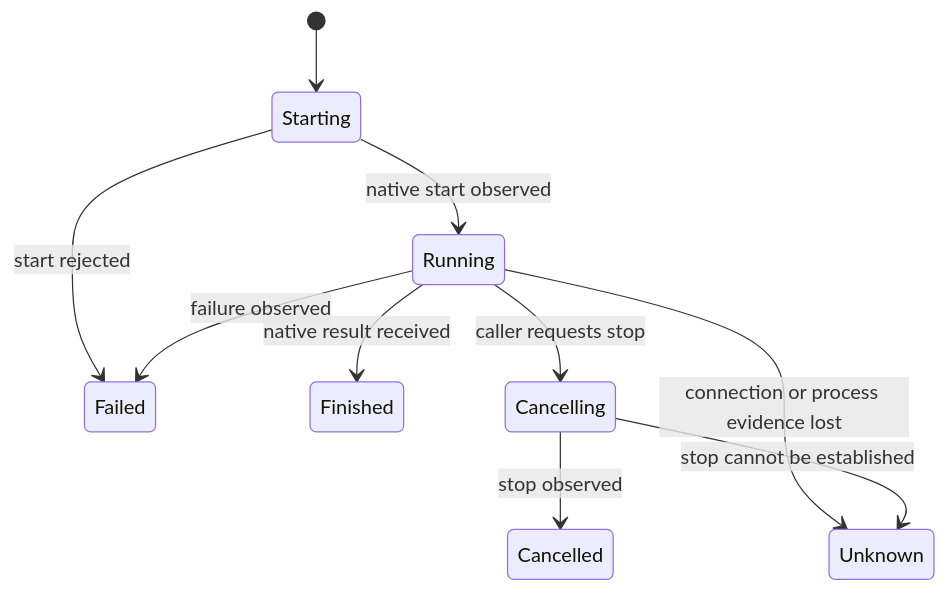
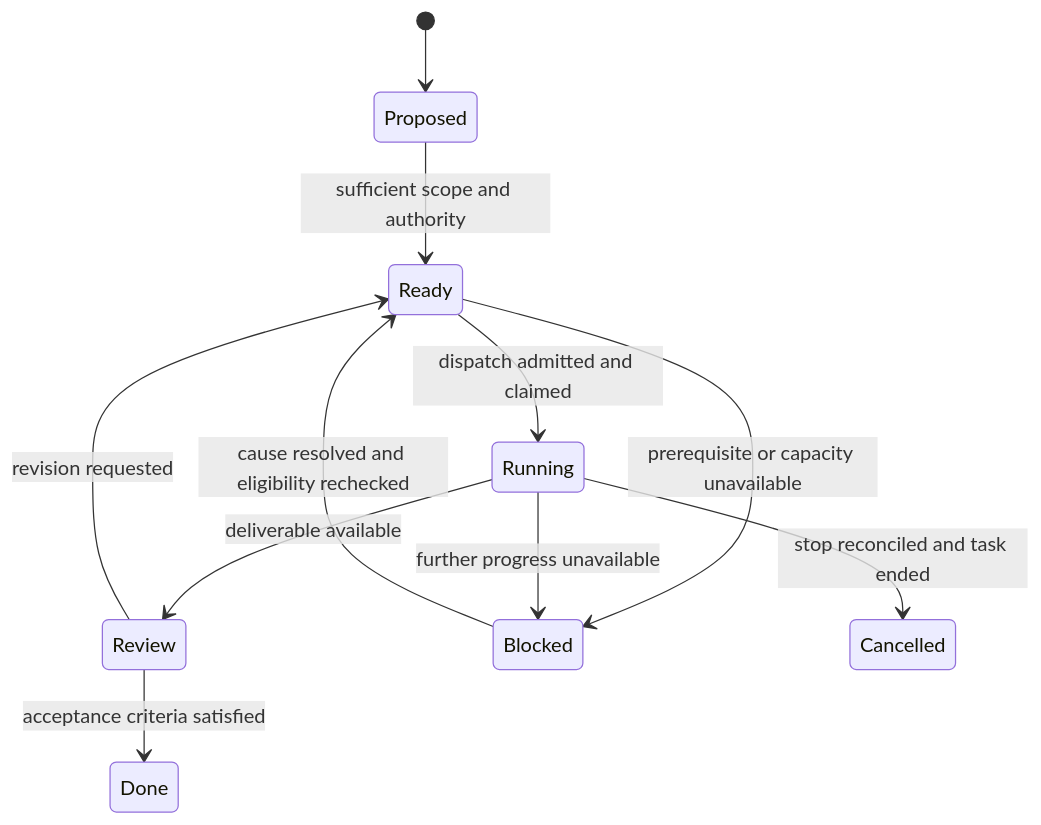
Before and after one commit to Ruben00alex/Jarvis: the diagram in docs/architecture/contracts-and-lifecycles.md, drawn with Mermaid. The commit also changed other lines of this file and 13 other files, not shown here.

````diff
--- a/docs/architecture/contracts-and-lifecycles.md
+++ b/docs/architecture/contracts-and-lifecycles.md
@@ -28,12 +25,13 @@
-```mermaid
+~~~mermaid
 stateDiagram-v2
-  [*] --> Starting
-  Starting --> Running: native start observed
-  Starting --> Failed: start rejected
-  Running --> Finished: native result received
-  Running --> Failed: failure observed
-  Running --> Cancelling: caller requests stop
-  Cancelling --> Cancelled: stop observed
-  Running --> Unknown: connection or process evidence lost
-  Cancelling --> Unknown: stop cannot be established
-```
+  [*] --> Proposed
+  Proposed --> Ready: sufficient scope and authority
+  Ready --> Running: dispatch admitted and claimed
+  Running --> Review: deliverable available
+  Review --> Done: acceptance criteria satisfied
+  Review --> Ready: revision requested
+  Ready --> Blocked: prerequisite or capacity unavailable
+  Running --> Blocked: further progress unavailable
+  Blocked --> Ready: cause resolved and eligibility rechecked
+  Running --> Cancelled: stop reconciled and task ended
+~~~
````
